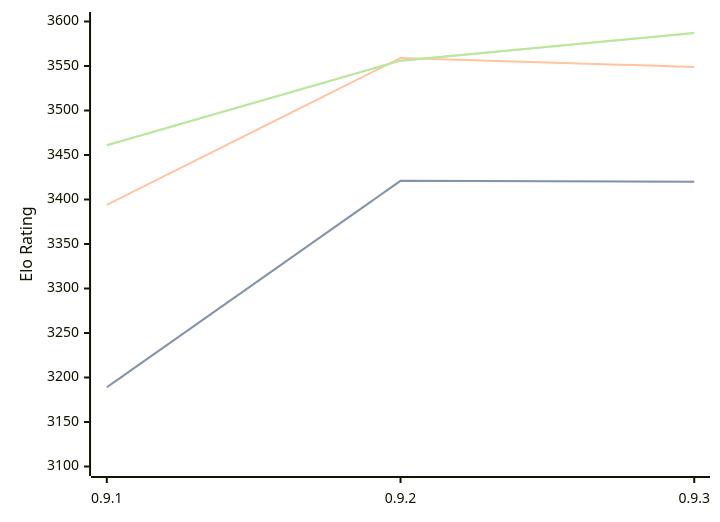
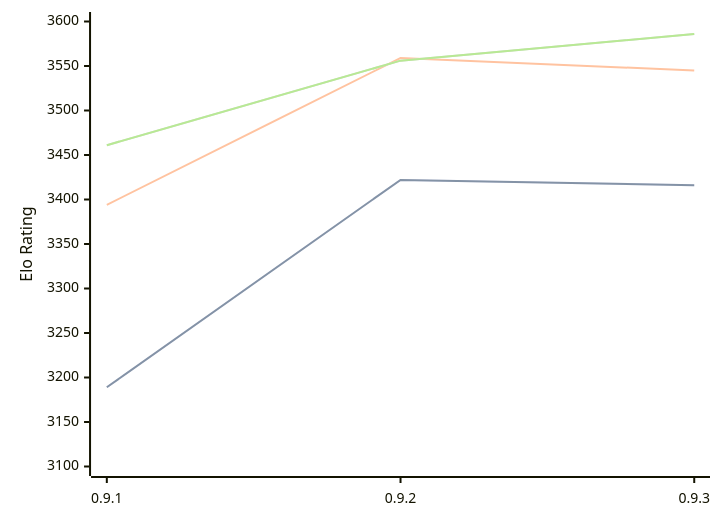
The diagram in engines/Coda.md (computer-chess-index/cci), drawn with Mermaid before and after one commit. The commit also changed other lines of this file, not shown here.

Commit message:
Update CCI Ratings (ELO VLTC) - 2026-07-30

````diff
--- a/engines/Coda.md
+++ b/engines/Coda.md
@@ -33,11 +33,11 @@
 ```mermaid
 %%{init: {"theme":"base","themeVariables":{"seriesColors:['#a3a3a3','#222221','#faa371']}}}%%
 xychart-beta
   x-axis ["0.9.1", "0.9.2", "0.9.3"]
   y-axis "Elo Rating" 3100 --> 3600
-  line "STC (8.0+0.08s)" [3189, 3421, 3420]
-  line "STC (8.0+0.08s)" [3189, 3421, 3420]
-  line "LTC (60.0+0.60s)" [3394, 3559, 3549]
-  line "VLTC (2m24s+1.12s)" [3461, 3556, 3587]
-  line "VLTC (2m24s+1.12s)" [3461, 3556, 3587]
+  line "STC (8.0+0.08s)" [3189, 3422, 3416]
+  line "STC (8.0+0.08s)" [3189, 3422, 3416]
+  line "LTC (60.0+0.60s)" [3394, 3559, 3545]
+  line "VLTC (2m24s+1.12s)" [3461, 3556, 3586]
+  line "VLTC (2m24s+1.12s)" [3461, 3556, 3586]
 ```
````
